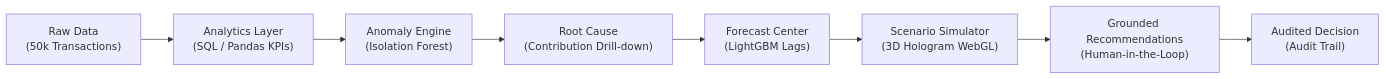
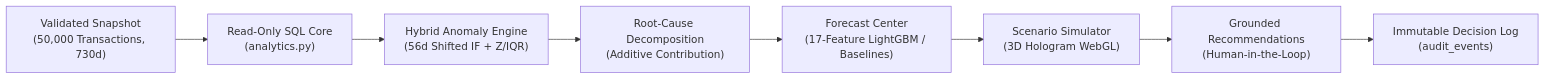
One commit to NguyenTriBaoThang/DecisionPilotAI changed the diagram in COMPETITION_SUBMISSION.md. Above: the diagram before and after it, drawn with Mermaid. The commit also changed other lines of this file and 62 other files, not shown here.

````diff
--- a/COMPETITION_SUBMISSION.md
+++ b/COMPETITION_SUBMISSION.md
@@ -42,10 +43,10 @@
 ```mermaid
 flowchart LR
-    A["Raw Data<br/>(50k Transactions)"] --> B["Analytics Layer<br/>(SQL / Pandas KPIs)"]
-    B --> C["Anomaly Engine<br/>(Isolation Forest)"]
-    C --> D["Root Cause<br/>(Contribution Drill-down)"]
-    D --> E["Forecast Center<br/>(LightGBM Lags)"]
+    A["Validated Snapshot<br/>(50,000 Transactions, 730d)"] --> B["Read-Only SQL Core<br/>(analytics.py)"]
+    B --> C["Hybrid Anomaly Engine<br/>(56d Shifted IF + Z/IQR)"]
+    C --> D["Root-Cause Decomposition<br/>(Additive Contribution)"]
+    D --> E["Forecast Center<br/>(17-Feature LightGBM / Baselines)"]
     E --> F["Scenario Simulator<br/>(3D Hologram WebGL)"]
     F --> G["Grounded Recommendations<br/>(Human-in-the-Loop)"]
-    G --> H["Audited Decision<br/>(Audit Trail)"]
+    G --> H["Immutable Decision Log<br/>(audit_events)"]
 ```
````
